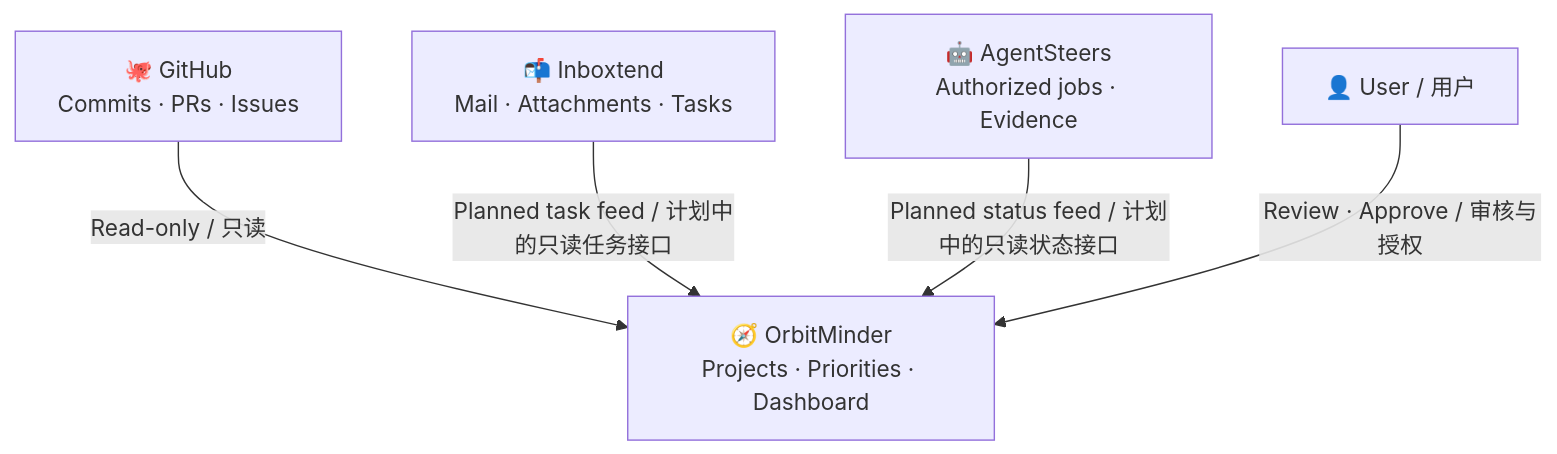
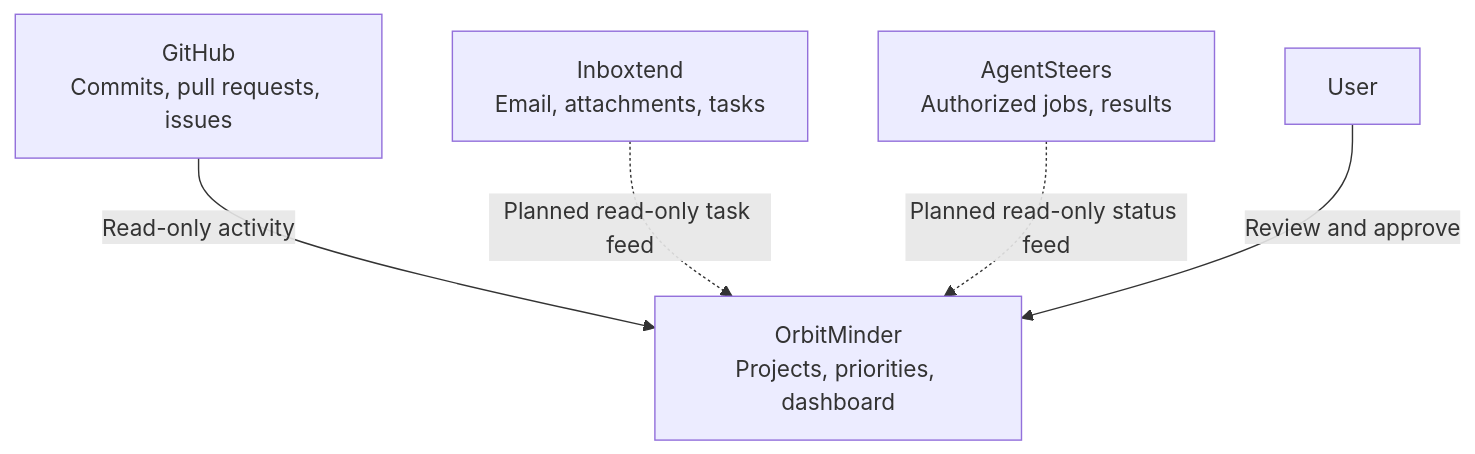
Before and after one commit to scyllarusllc/orbitminder: the first of 2 diagrams in README.md, drawn with Mermaid. The commit also changed other lines of this file, not shown here.

Commit message:
docs(readme): embed separate English and Chinese architecture diagrams

````diff
--- a/README.md
+++ b/README.md
@@ -16,7 +18,7 @@
 ```mermaid
 flowchart TB
-    GH["🐙 GitHub<br/>Commits · PRs · Issues"] -->|"Read-only / 只读"| OM["🧭 OrbitMinder<br/>Projects · Priorities · Dashboard"]
-    IB["📬 Inboxtend<br/>Mail · Attachments · Tasks"] -->|"Planned task feed / 计划中的只读任务接口"| OM
-    AS["🤖 AgentSteers<br/>Authorized jobs · Evidence"] -->|"Planned status feed / 计划中的只读状态接口"| OM
-    USER["👤 User / 用户"] -->|"Review · Approve / 审核与授权"| OM
+    GH["GitHub<br/>Commits, pull requests, issues"] -->|"Read-only activity"| OM["OrbitMinder<br/>Projects, priorities, dashboard"]
+    IB["Inboxtend<br/>Email, attachments, tasks"] -.->|"Planned read-only task feed"| OM
+    AS["AgentSteers<br/>Authorized jobs, results"] -.->|"Planned read-only status feed"| OM
+    USER["User"] -->|"Review and approve"| OM
 ```
````
